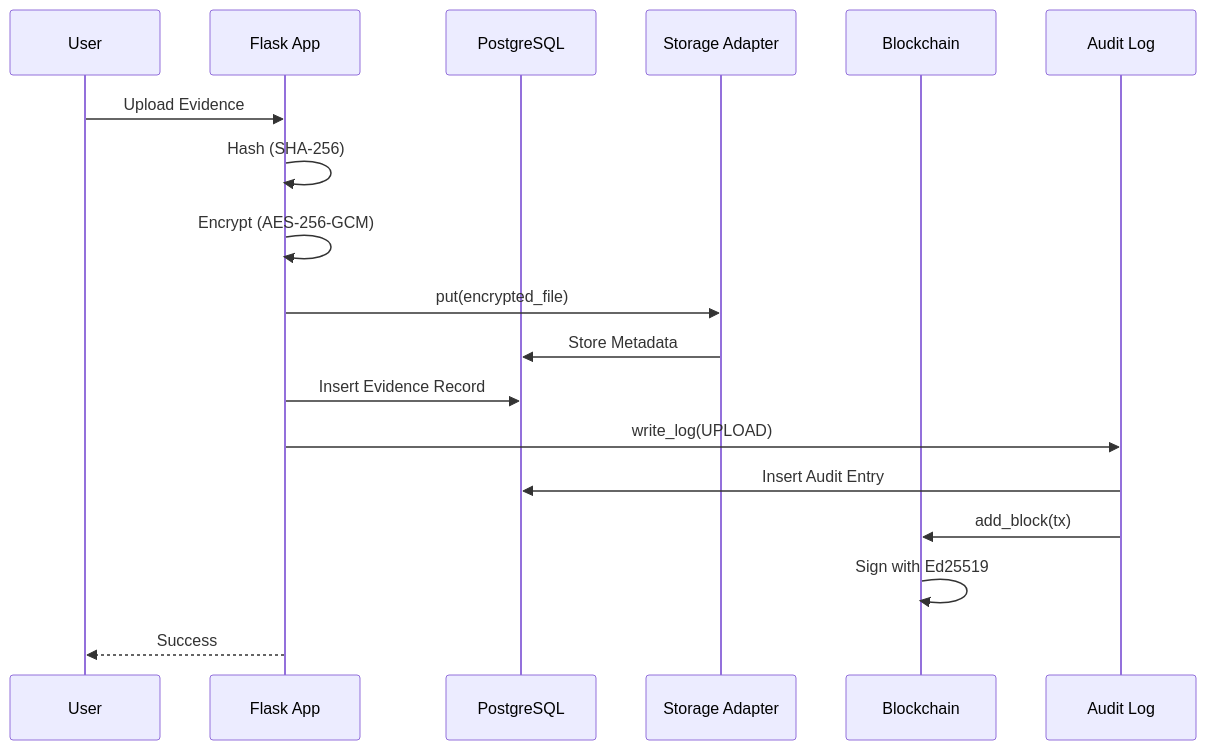
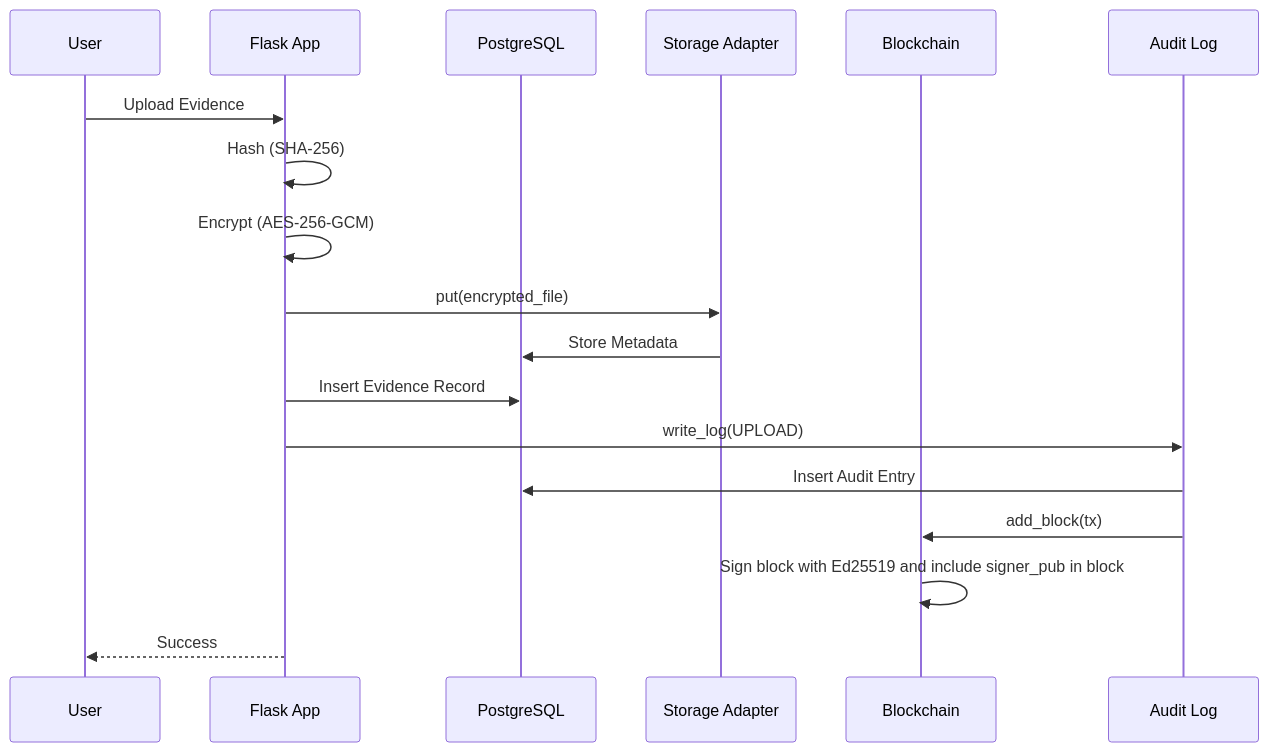
The second of 2 diagrams in README.md (AmulyaKaushik/Cloud-Based-Distributed-Forensic-Evidence-Storage-System), drawn with Mermaid before and after one commit. The commit also changed other lines of this file and 2 other files, not shown here.

````diff
--- a/README.md
+++ b/README.md
@@ -188,21 +188,21 @@
 ```mermaid
 sequenceDiagram
     participant User
     participant App as Flask App
     participant DB as PostgreSQL
     participant SA as Storage Adapter
     participant BC as Blockchain
     participant Audit as Audit Log
     
     User->>App: Upload Evidence
     App->>App: Hash (SHA-256)
     App->>App: Encrypt (AES-256-GCM)
     App->>SA: put(encrypted_file)
     SA->>DB: Store Metadata
     App->>DB: Insert Evidence Record
     App->>Audit: write_log(UPLOAD)
     Audit->>DB: Insert Audit Entry
     Audit->>BC: add_block(tx)
-    BC->>BC: Sign with Ed25519
+    BC->>BC: Sign block with Ed25519 and include signer_pub in block
     App-->>User: Success
 ```
````
